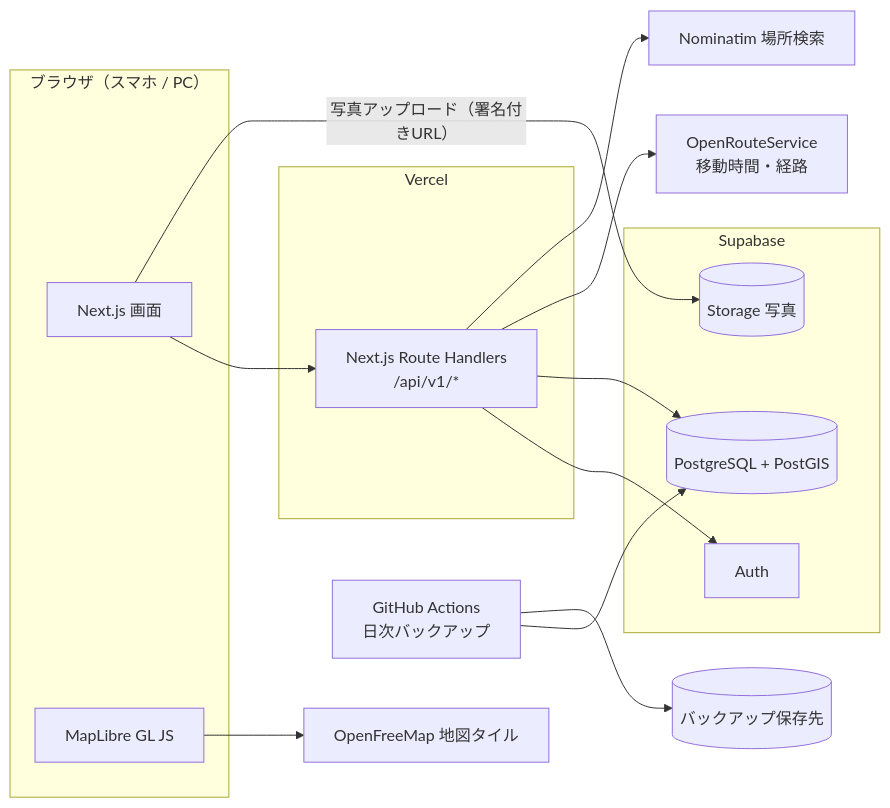
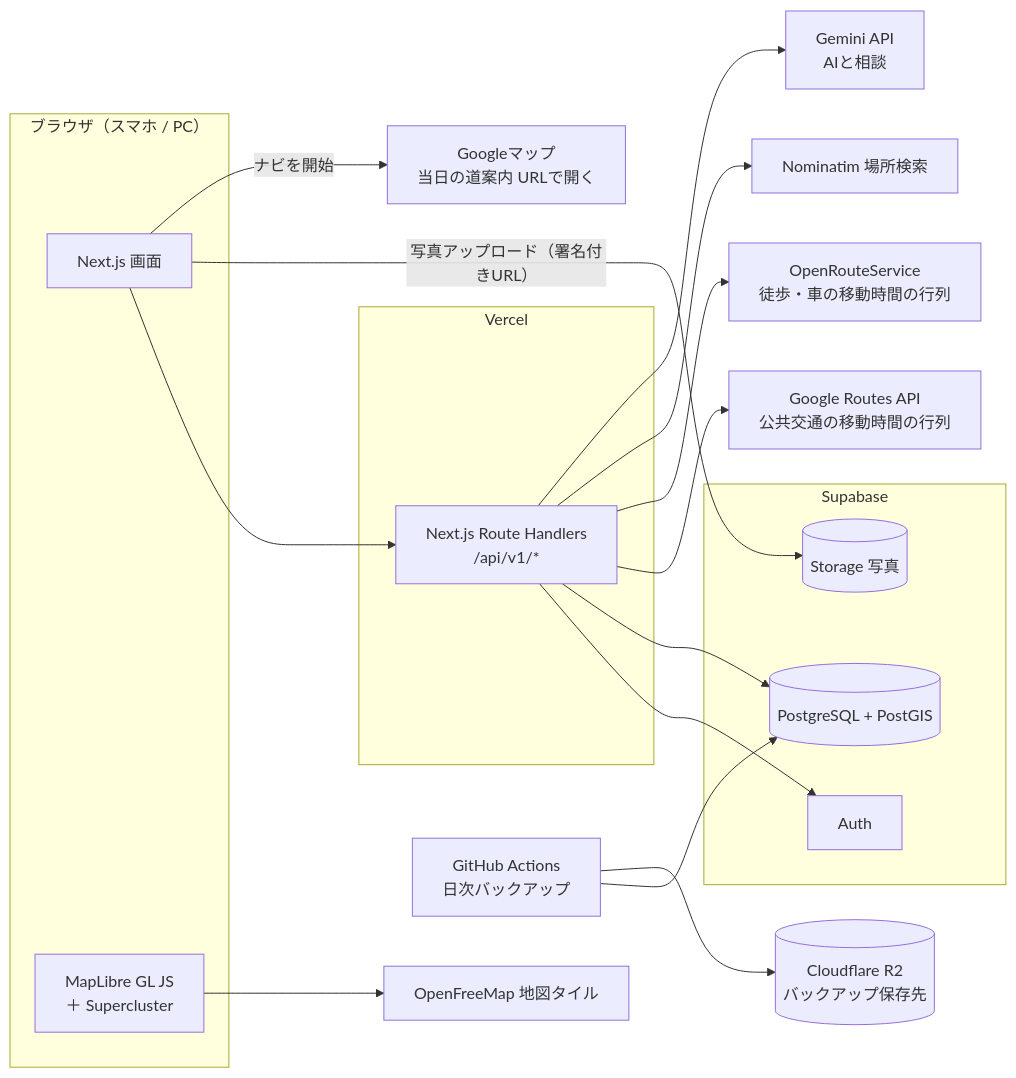
One commit to kotakota914/dokoiku changed the first of 4 diagrams in docs/要件定義書.md. Above: the diagram before and after it, drawn with Mermaid. The commit also changed other lines of this file and 141 other files, not shown here.

First line of the commit message:
要件定義書 v0.3 に合わせて経路作成・リスト・地図を更新する

````diff
--- a/docs/要件定義書.md
+++ b/docs/要件定義書.md
@@ -98,30 +295,36 @@
 ```mermaid
 flowchart LR
   subgraph Browser[ブラウザ（スマホ / PC）]
     UI[Next.js 画面]
-    Map[MapLibre GL JS]
+    Map[MapLibre GL JS<br>＋ Supercluster]
   end
   subgraph Vercel
     API[Next.js Route Handlers<br>/api/v1/*]
   end
   subgraph Supabase
     Auth[Auth]
     DB[(PostgreSQL + PostGIS)]
     ST[(Storage 写真)]
   end
   OFM[OpenFreeMap 地図タイル]
-  ORS[OpenRouteService<br>移動時間・経路]
+  GR[Google Routes API<br>公共交通の移動時間の行列]
+  ORS[OpenRouteService<br>徒歩・車の移動時間の行列]
   NOM[Nominatim 場所検索]
+  LLM[Gemini API<br>AIと相談]
+  GM[Googleマップ<br>当日の道案内 URLで開く]
   GA[GitHub Actions<br>日次バックアップ]
-  R2[(バックアップ保存先)]
+  R2[(Cloudflare R2<br>バックアップ保存先)]
 
   UI --> API
   Map --> OFM
   UI -- 写真アップロード（署名付きURL） --> ST
+  UI -- ナビを開始 --> GM
   API --> Auth
   API --> DB
+  API --> GR
   API --> ORS
   API --> NOM
+  API --> LLM
   GA --> DB
   GA --> R2
 ```
````
